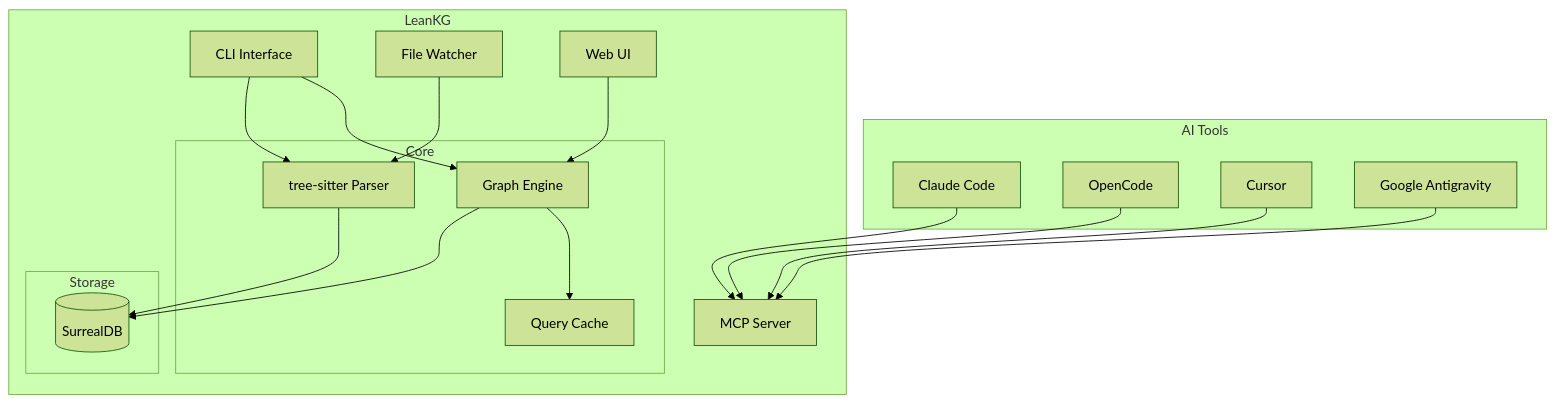
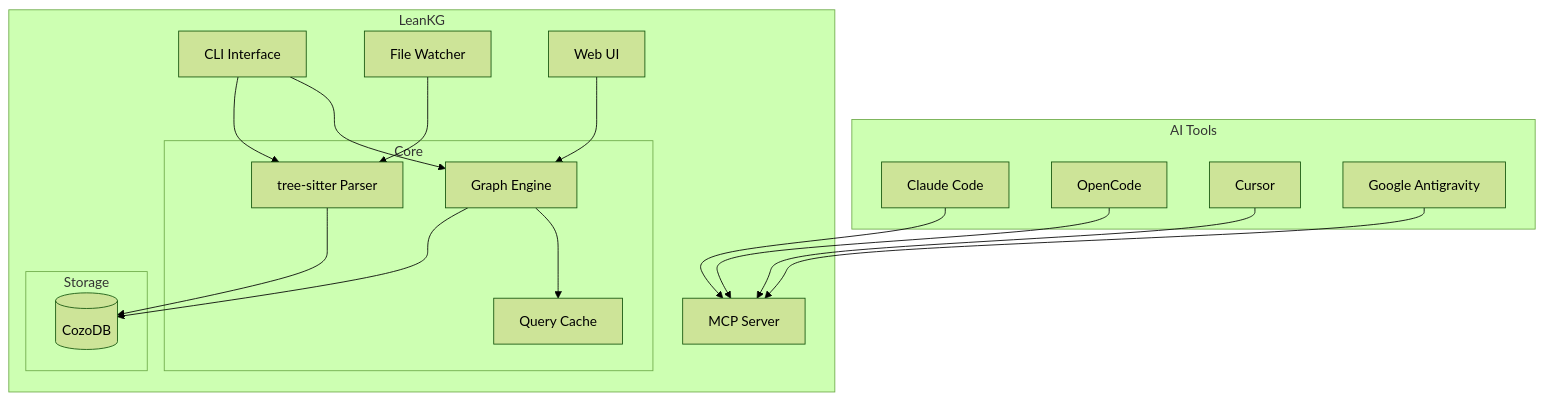
Before and after one commit to FreePeak/LeanKG: the diagram in README.md, drawn with Mermaid (forest theme). The commit also changed other lines of this file, not shown here.

First paragraph of the commit message:
Migrate from SurrealDB to CozoDB 0.2
Major changes:
- Replaced surrealdb with cozo = "0.2" in Cargo.toml
- Converted async database operations to synchronous (CozoDB 0.2 has sync API)
- Updated README.md with new architecture diagram and CozoDB documentation

````diff
--- a/README.md
+++ b/README.md
@@ -33,39 +33,39 @@
 ```mermaid
 graph TB
     subgraph "AI Tools"
         Claude[Claude Code]
         Open[OpenCode]
         Cursor[Cursor]
         Antigravity[Google Antigravity]
     end
 
     subgraph "LeanKG"
         CLI[CLI Interface]
         MCP[MCP Server]
         Watcher[File Watcher]
         
         subgraph "Core"
             Indexer[tree-sitter Parser]
             Graph[Graph Engine]
             Cache[Query Cache]
         end
         
         subgraph "Storage"
-            SurrealDB[(SurrealDB)]
+            CozoDB[(CozoDB)]
         end
         
         Web[Web UI]
     end
 
     Claude --> MCP
     Open --> MCP
     Cursor --> MCP
     Antigravity --> MCP
     CLI --> Indexer
     CLI --> Graph
     Watcher --> Indexer
-    Indexer --> SurrealDB
-    Graph --> SurrealDB
+    Indexer --> CozoDB
+    Graph --> CozoDB
     Graph --> Cache
     Web --> Graph
 ```
````
